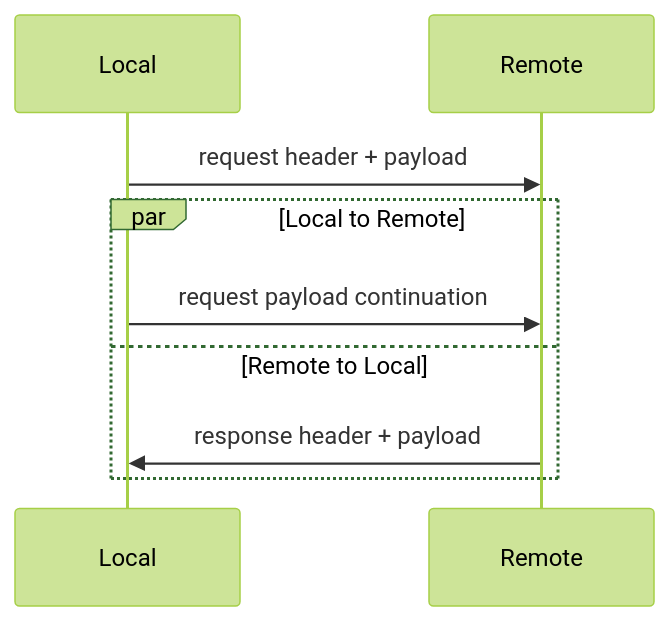
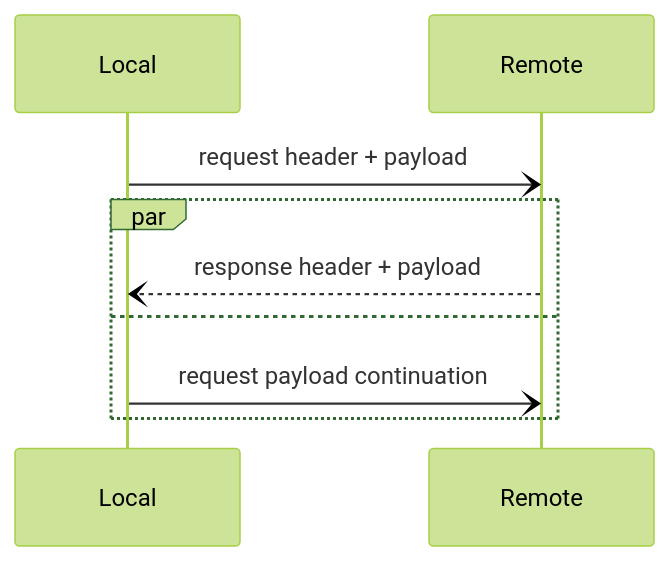
One commit to icerpc/icerpc-docs changed the diagram in pages/icerpc-core/invocation/outgoing-request.md. Above: the diagram before and after it, drawn with Mermaid (forest theme). The commit also changed other lines of this file, not shown here.

Commit message:
Update diagram

````diff
--- a/pages/icerpc-core/invocation/outgoing-request.md
+++ b/pages/icerpc-core/invocation/outgoing-request.md
@@ -55,9 +55,9 @@
 ```mermaid
 sequenceDiagram
-    Local->>Remote: request header + payload
-    par Local to Remote
-        Local->>Remote: request payload continuation
-    and Remote to Local
-        Remote->>Local: response header + payload
+    Local-)Remote: request header + payload
+    par
+        Remote--)Local: response header + payload
+    and
+        Local-)Remote: request payload continuation
     end
 ```
````
